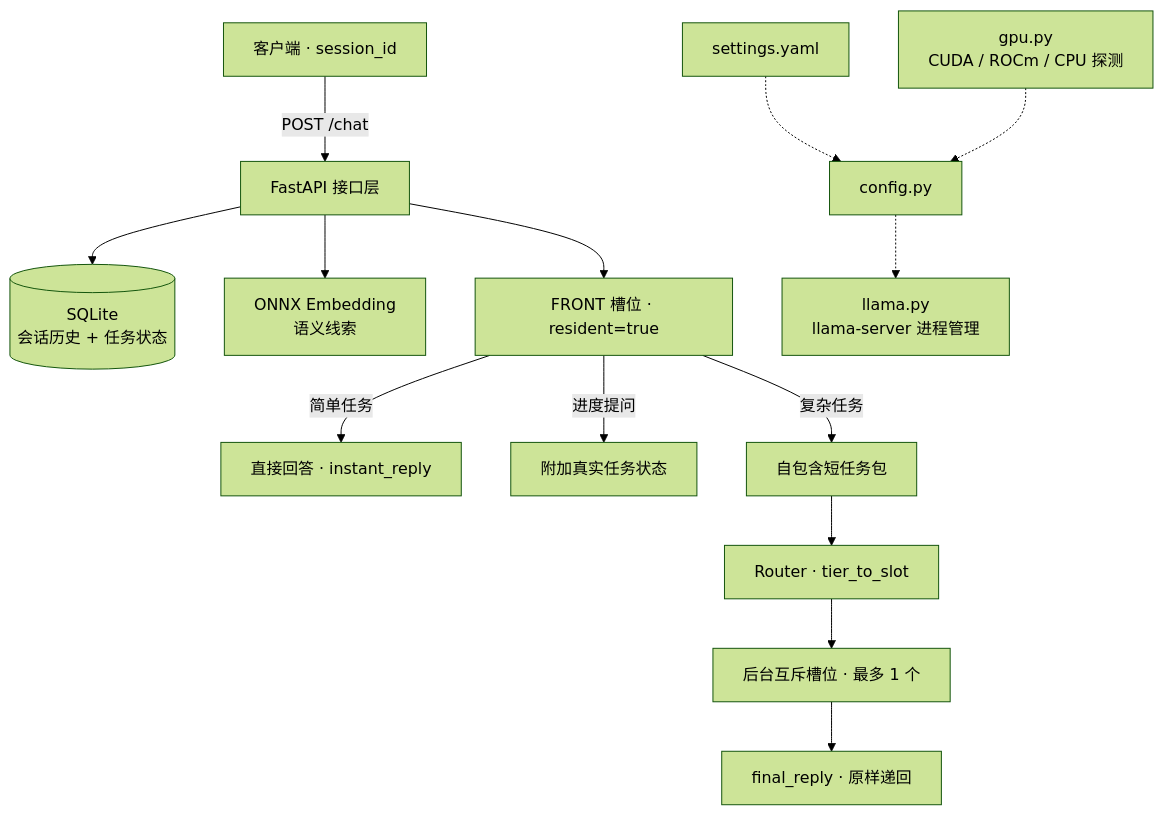
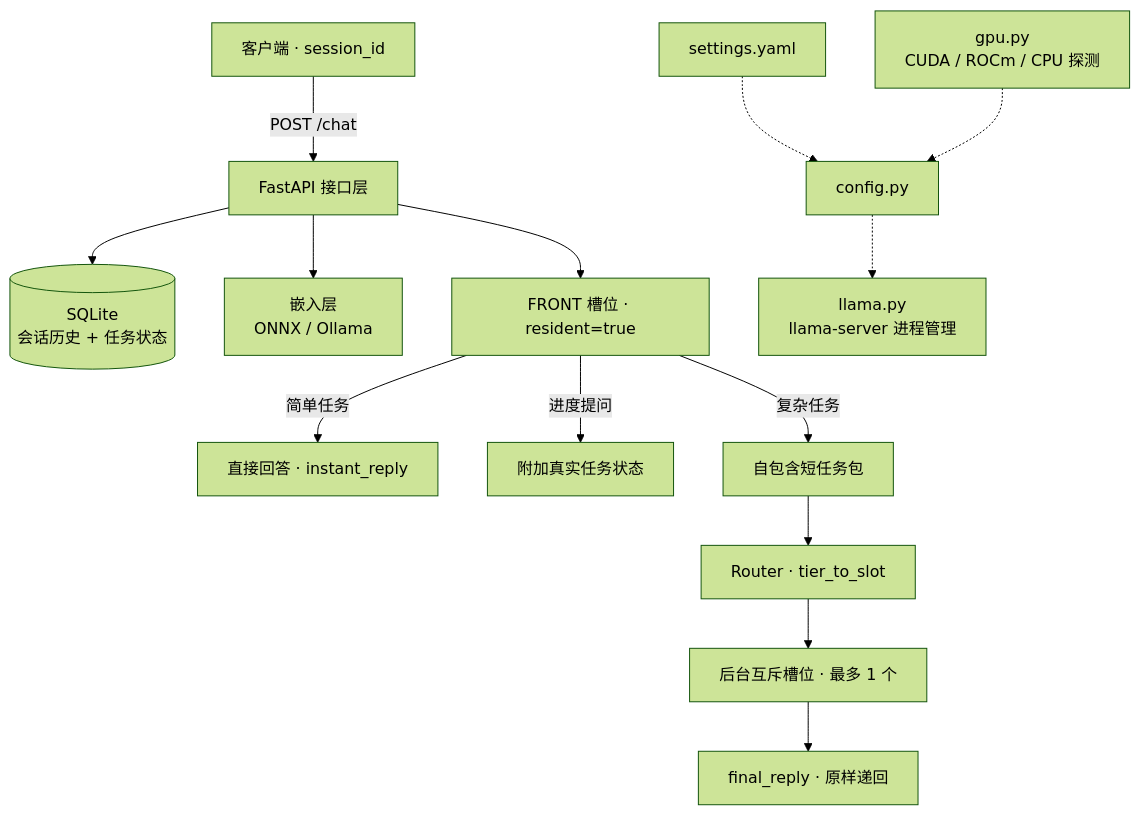
One commit to liuda1999/explore-router changed the second of 2 diagrams in README.md. Above: the diagram before and after it, drawn with Mermaid (forest theme). The commit also changed other lines of this file and 31 other files, not shown here.

````diff
--- a/README.md
+++ b/README.md
@@ -223,17 +239,17 @@
 ```mermaid
 flowchart TD
     C[客户端 · session_id] -->|POST /chat| A[FastAPI 接口层]
     A --> S[(SQLite<br/>会话历史 + 任务状态)]
-    A --> E[ONNX Embedding<br/>语义线索]
+    A --> E[嵌入层<br/>ONNX / Ollama]
     A --> F[FRONT 槽位 · resident=true]
     F -->|简单任务| D[直接回答 · instant_reply]
     F -->|进度提问| P[附加真实任务状态]
     F -->|复杂任务| Q[自包含短任务包]
     Q --> R[Router · tier_to_slot]
     R --> B[后台互斥槽位 · 最多 1 个]
     B --> V[final_reply · 原样递回]
 
     G[settings.yaml] -.-> CFG[config.py]
     GPU[gpu.py<br/>CUDA / ROCm / CPU 探测] -.-> CFG
     CFG -.-> LL[llama.py<br/>llama-server 进程管理]
 ```
````
